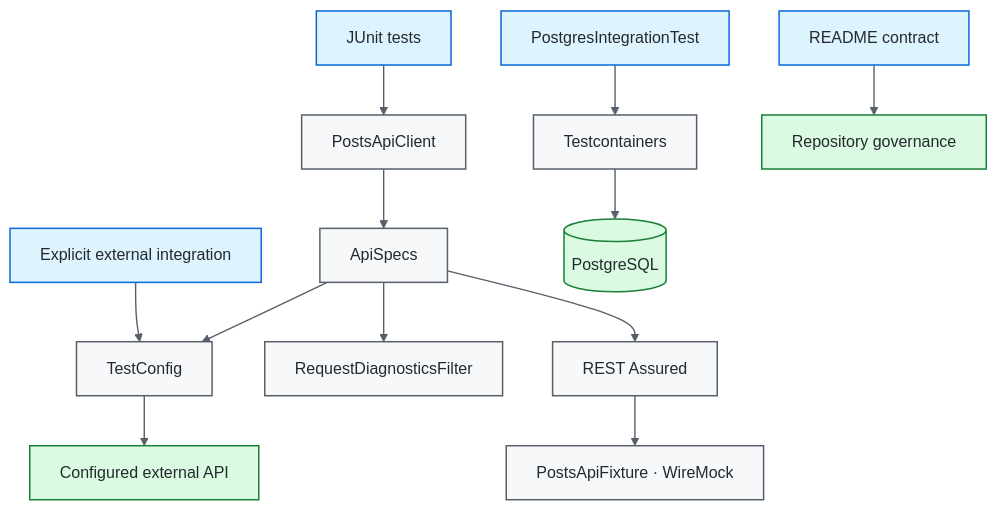
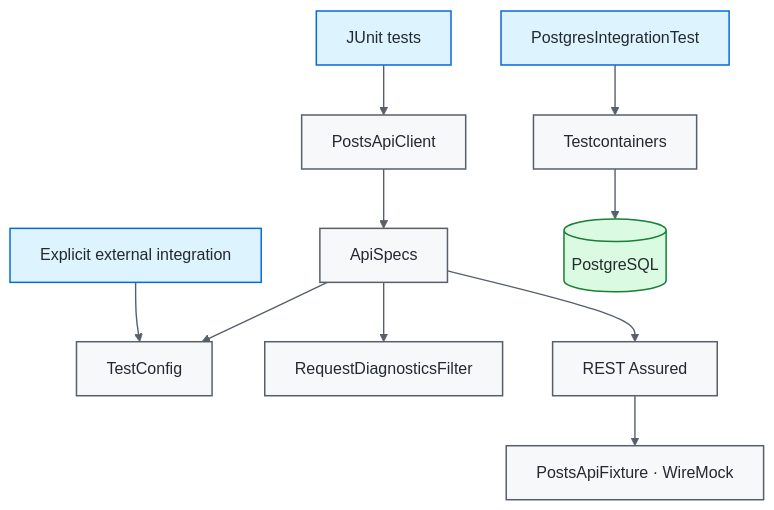
One commit to portyu9/qa-automation-java-restassured changed the diagram in README.md. Above: the diagram before and after it, drawn with Mermaid. The commit also changed other lines of this file, not shown here.

````diff
--- a/README.md
+++ b/README.md
@@ -42,22 +44,20 @@
 ```mermaid
 flowchart TD
     J[JUnit tests] --> CLIENT[PostsApiClient]
     CLIENT --> SPEC[ApiSpecs]
     SPEC --> CFG[TestConfig]
     SPEC --> FILTER[RequestDiagnosticsFilter]
     SPEC --> RA[REST Assured]
     RA --> WM[PostsApiFixture · WireMock]
     EXT[Explicit external integration] --> CFG
-    CFG --> API[Configured external API]
     DB[PostgresIntegrationTest] --> TC[Testcontainers]
     TC --> PG[(PostgreSQL)]
-    DOCS[README contract] --> GOVERN[Repository governance]
 
     classDef entry fill:#ddf4ff,stroke:#0969da,color:#24292f,stroke-width:1.5px;
     classDef core fill:#f6f8fa,stroke:#57606a,color:#24292f,stroke-width:1.5px;
     classDef evidence fill:#dafbe1,stroke:#1a7f37,color:#24292f,stroke-width:1.5px;
-    class J,EXT,DB,DOCS entry;
+    class J,EXT,DB entry;
     class CLIENT,SPEC,CFG,FILTER,RA,WM,TC core;
-    class API,PG,GOVERN evidence;
+    class PG evidence;
     linkStyle default stroke:#57606a,stroke-width:1.4px;
 ```
````
